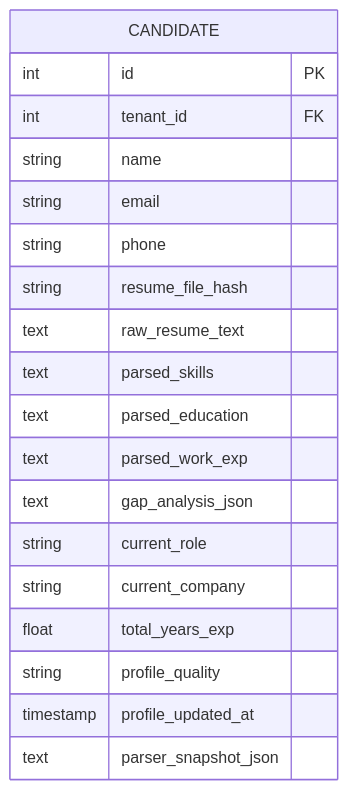
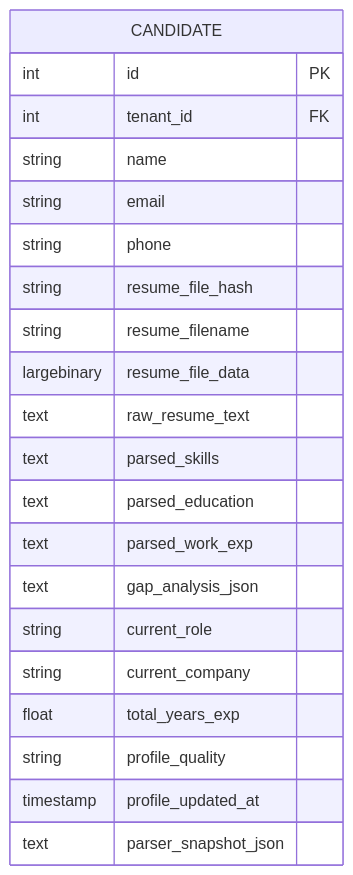
The third of 14 diagrams in .qoder/repowiki/en/content/Candidate Management/Candidate Management.md (Revanththetalogics/aireume), drawn with Mermaid before and after one commit. The commit also changed other lines of this file and 7 other files, not shown here.

````diff
--- a/.qoder/repowiki/en/content/Candidate Management/Candidate Management.md
+++ b/.qoder/repowiki/en/content/Candidate Management/Candidate Management.md
@@ -205,22 +215,24 @@
 ```mermaid
 erDiagram
 CANDIDATE {
 int id PK
 int tenant_id FK
 string name
 string email
 string phone
 string resume_file_hash
+string resume_filename
+largebinary resume_file_data
 text raw_resume_text
 text parsed_skills
 text parsed_education
 text parsed_work_exp
 text gap_analysis_json
 string current_role
 string current_company
 float total_years_exp
 string profile_quality
 timestamp profile_updated_at
 text parser_snapshot_json
 }
 ```
````
